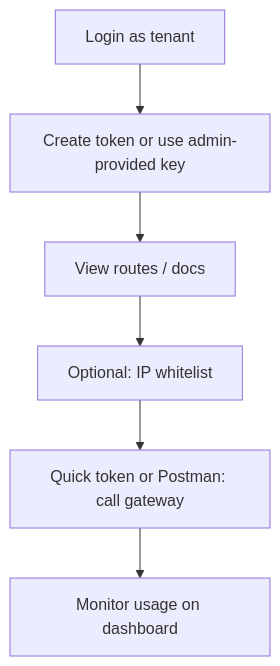
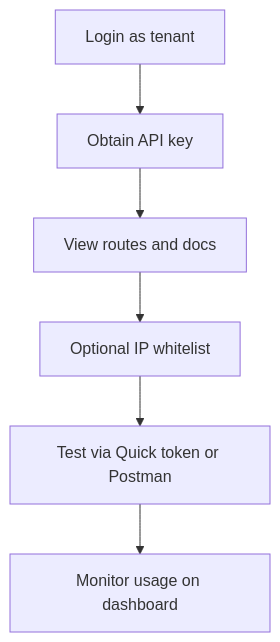
Before and after one commit to hr-sargazi/temp-md-server: diagram 17 of 17 in USER_JOURNEY.md, drawn with Mermaid. The commit also changed other lines of this file, not shown here.

````diff
--- a/USER_JOURNEY.md
+++ b/USER_JOURNEY.md
@@ -494,8 +496,8 @@
 ```mermaid
 flowchart TD
-  A[Login as tenant] --> B[Create token or use admin-provided key]
-  B --> C[View routes / docs]
-  C --> D[Optional: IP whitelist]
-  D --> E[Quick token or Postman: call gateway]
-  E --> F[Monitor usage on dashboard]
+  A["Login as tenant"] --> B["Obtain API key"]
+  B --> C["View routes and docs"]
+  C --> D["Optional IP whitelist"]
+  D --> E["Test via Quick token or Postman"]
+  E --> F["Monitor usage on dashboard"]
 ```
````
